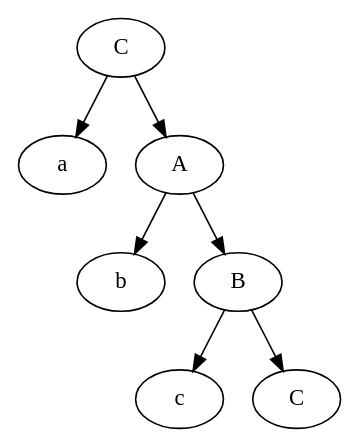
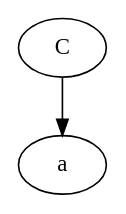
The diagram in results/test4_C.gv (Barashkov-GO/tfl_lab3), drawn with Graphviz before and after one commit. The commit also changed 7 other files, not shown here.

```diff
--- a/results/test4_C.gv
+++ b/results/test4_C.gv
@@ -1,16 +1,6 @@
 digraph G {
 	0[label="C"]
 	1[label="a"]
-	6[label="A"]
-	2[label="b"]
-	5[label="B"]
-	3[label="c"]
-	4[label="C"]
-	5->3
-	5->4
-	6->2
-	6->5
 	0->1
-	0->6
 
 }
```
